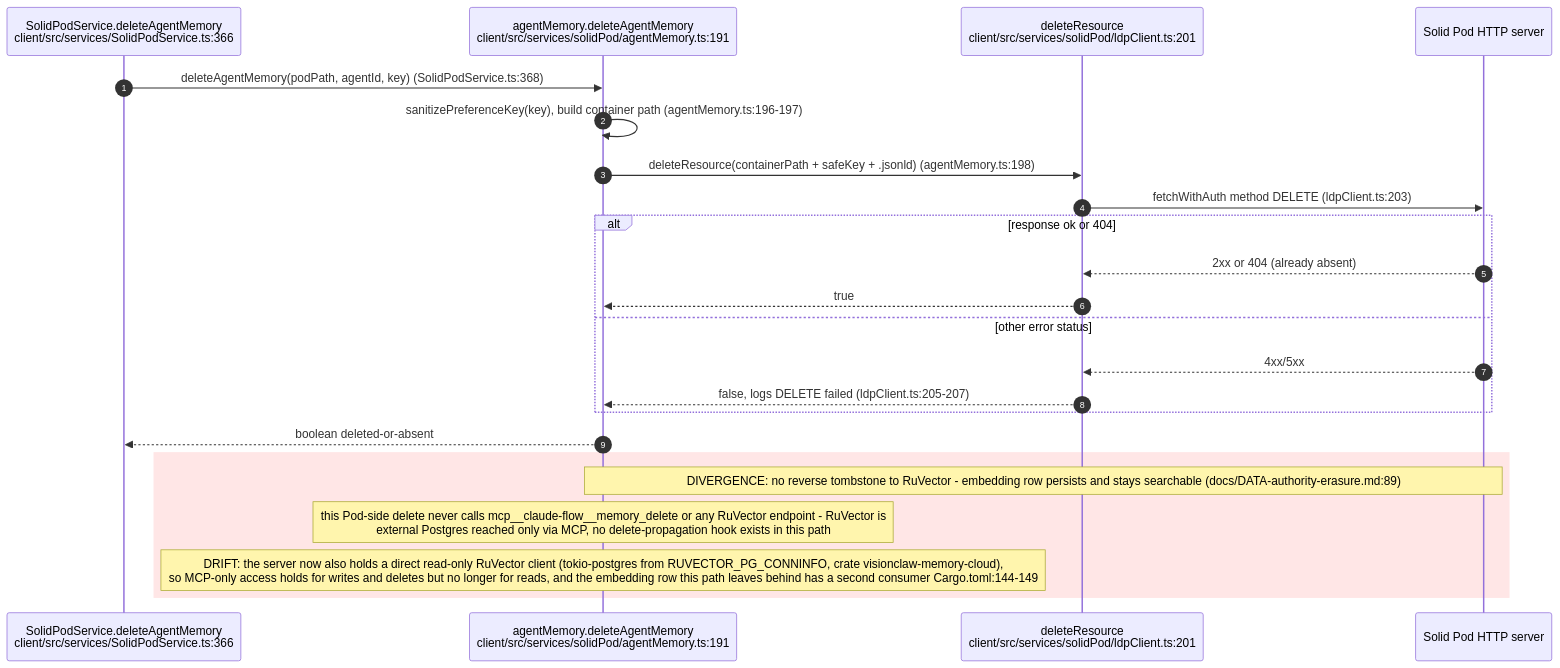
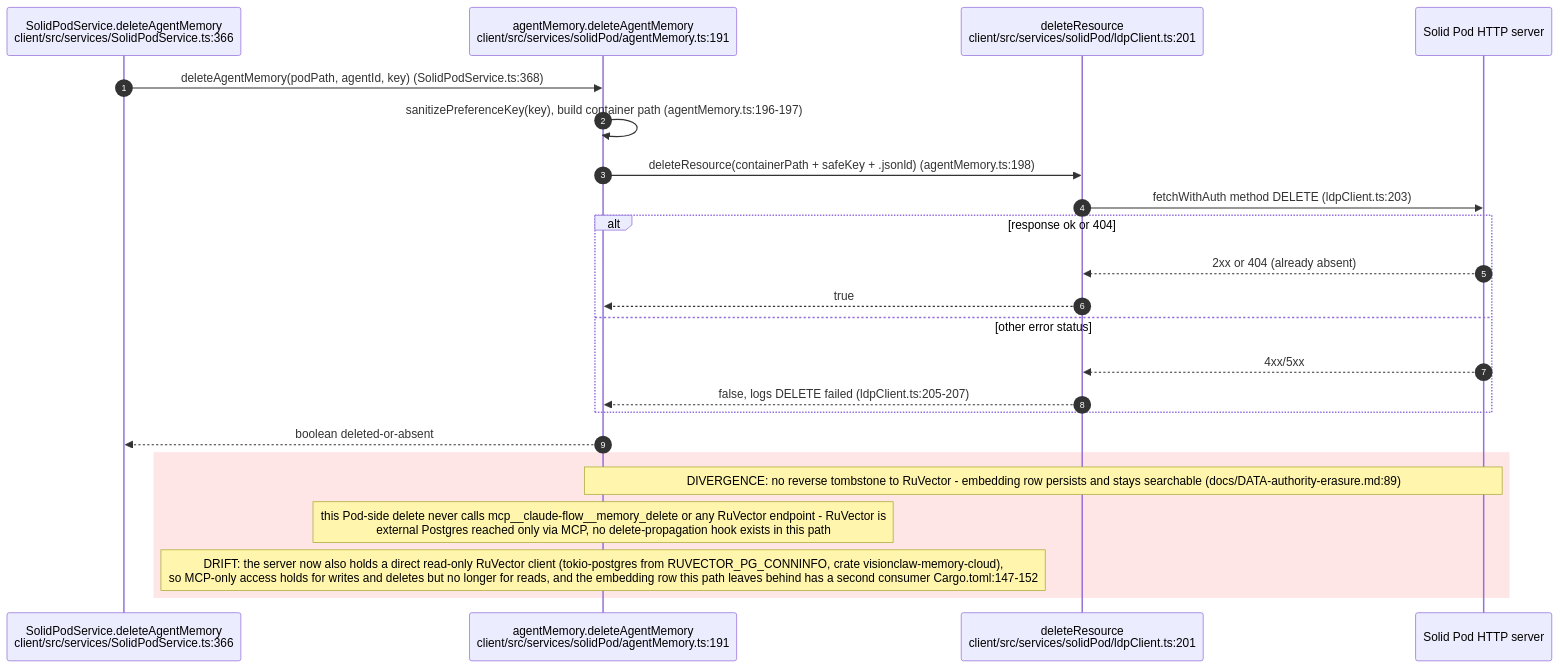
One commit to DreamLab-AI/VisionFlow changed the sixth of 14 diagrams in docs/diagrams/visionclaw/22-data-authority-provenance-erasure.md. Above: the diagram before and after it, drawn with Mermaid. The commit also changed other lines of this file and 7 other files, not shown here.

````diff
--- a/docs/diagrams/visionclaw/22-data-authority-provenance-erasure.md
+++ b/docs/diagrams/visionclaw/22-data-authority-provenance-erasure.md
@@ -312,26 +314,26 @@
 ```mermaid
 sequenceDiagram
     autonumber
     participant UI as SolidPodService.deleteAgentMemory<br/>client/src/services/SolidPodService.ts:366
     participant MEM as agentMemory.deleteAgentMemory<br/>client/src/services/solidPod/agentMemory.ts:191
     participant LDP as deleteResource<br/>client/src/services/solidPod/ldpClient.ts:201
     participant POD as Solid Pod HTTP server
 
     UI->>MEM: deleteAgentMemory(podPath, agentId, key) (SolidPodService.ts:368)
     MEM->>MEM: sanitizePreferenceKey(key), build container path (agentMemory.ts:196-197)
     MEM->>LDP: deleteResource(containerPath + safeKey + .jsonld) (agentMemory.ts:198)
     LDP->>POD: fetchWithAuth method DELETE (ldpClient.ts:203)
     alt response ok or 404
         POD-->>LDP: 2xx or 404 (already absent)
         LDP-->>MEM: true
     else other error status
         POD-->>LDP: 4xx/5xx
         LDP-->>MEM: false, logs DELETE failed (ldpClient.ts:205-207)
     end
     MEM-->>UI: boolean deleted-or-absent
     rect rgb(255, 230, 230)
         Note over MEM,POD: DIVERGENCE: no reverse tombstone to RuVector - embedding row persists and stays searchable (docs/DATA-authority-erasure.md:89)
         Note over MEM: this Pod-side delete never calls mcp__claude-flow__memory_delete or any RuVector endpoint - RuVector is<br/>external Postgres reached only via MCP, no delete-propagation hook exists in this path
-        Note over MEM: DRIFT: the server now also holds a direct read-only RuVector client (tokio-postgres from RUVECTOR_PG_CONNINFO, crate visionclaw-memory-cloud),<br/>so MCP-only access holds for writes and deletes but no longer for reads, and the embedding row this path leaves behind has a second consumer Cargo.toml:144-149
+        Note over MEM: DRIFT: the server now also holds a direct read-only RuVector client (tokio-postgres from RUVECTOR_PG_CONNINFO, crate visionclaw-memory-cloud),<br/>so MCP-only access holds for writes and deletes but no longer for reads, and the embedding row this path leaves behind has a second consumer Cargo.toml:147-152
     end
 ```
````
